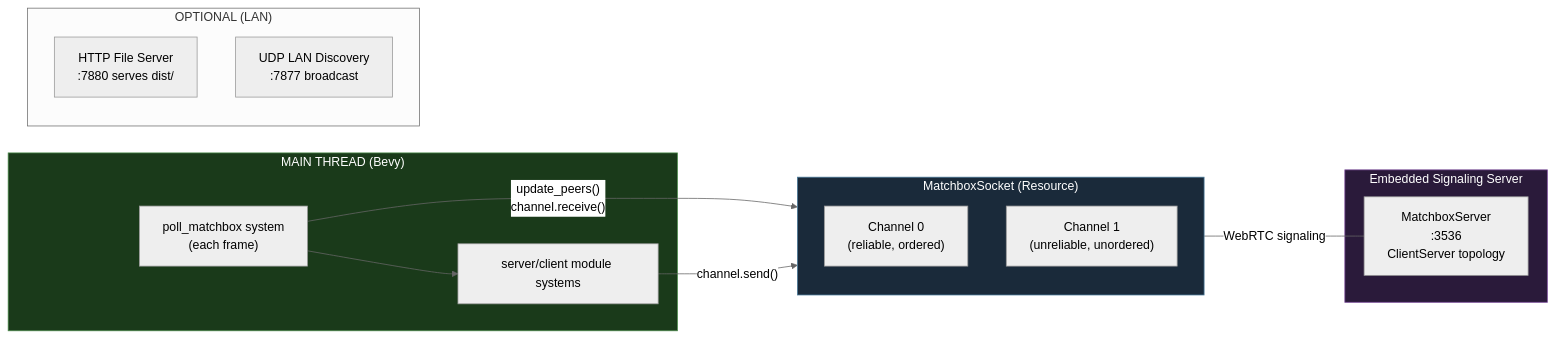
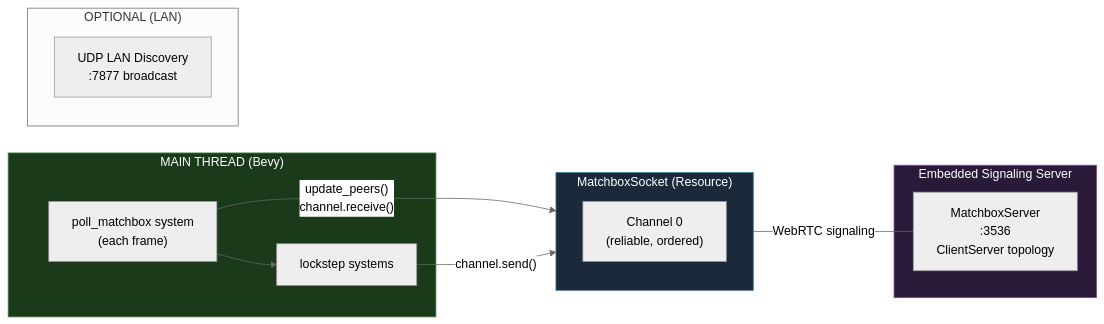
One commit to pashaydev/RTS changed the second of 10 diagrams in docs/mul-arch.md. Above: the diagram before and after it, drawn with Mermaid (neutral theme). The commit also changed other lines of this file and 77 other files, not shown here.

````diff
--- a/docs/mul-arch.md
+++ b/docs/mul-arch.md
@@ -88,30 +69,28 @@
 ```mermaid
 flowchart LR
     subgraph MainThread["MAIN THREAD (Bevy)"]
         Poll["poll_matchbox system\n(each frame)"]
-        HS["server/client module systems"]
-        Poll --> HS
+        LS["lockstep systems"]
+        Poll --> LS
     end
 
     subgraph MatchboxSocket["MatchboxSocket (Resource)"]
         CH0["Channel 0\n(reliable, ordered)"]
-        CH1["Channel 1\n(unreliable, unordered)"]
     end
 
     subgraph Signaling["Embedded Signaling Server"]
         SIG["MatchboxServer\n:3536\nClientServer topology"]
     end
 
     subgraph Optional["OPTIONAL (LAN)"]
-        HTTP["HTTP File Server\n:7880 serves dist/"]
         UDP["UDP LAN Discovery\n:7877 broadcast"]
     end
 
     Poll -->|"update_peers()\nchannel.receive()"| MatchboxSocket
-    HS -->|"channel.send()"| MatchboxSocket
+    LS -->|"channel.send()"| MatchboxSocket
     MatchboxSocket ---|"WebRTC signaling"| SIG
 
     style MainThread fill:#1a3a1a,stroke:#4a8a4a,color:#fff
     style MatchboxSocket fill:#1a2a3a,stroke:#4a7a9a,color:#fff
     style Signaling fill:#2a1a3a,stroke:#7a4a9a,color:#fff
 ```
````
